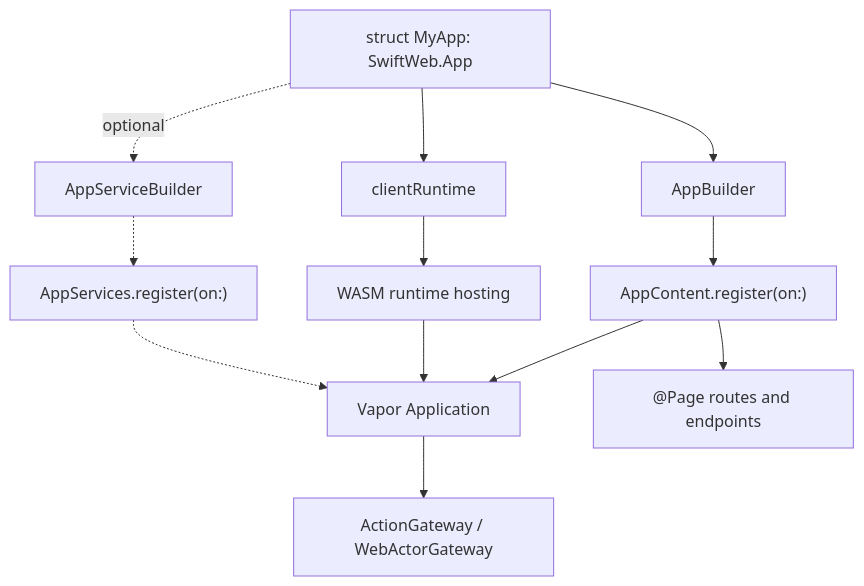
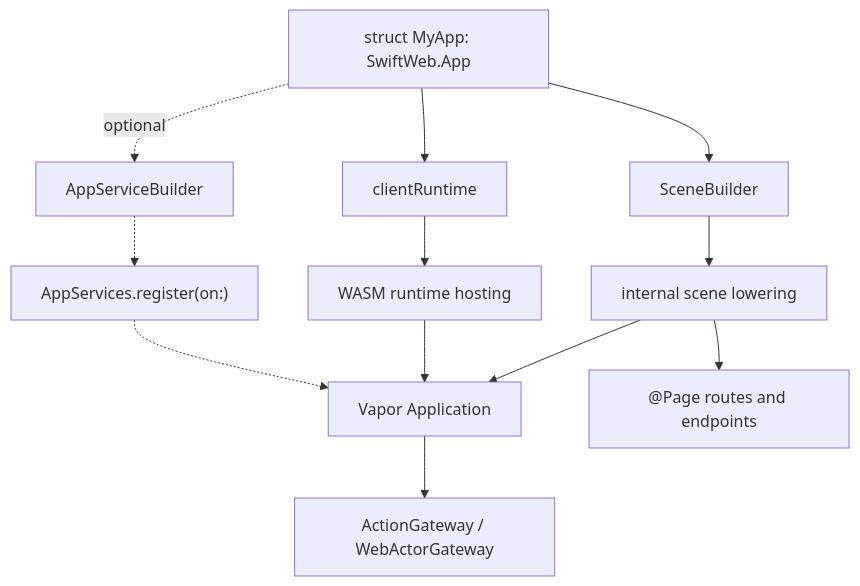
Before and after one commit to 1amageek/swift-web: the second of 9 diagrams in Sources/SwiftWeb/README.md, drawn with Mermaid. The commit also changed other lines of this file and 62 other files, not shown here.

````diff
--- a/Sources/SwiftWeb/README.md
+++ b/Sources/SwiftWeb/README.md
@@ -60,14 +61,14 @@
 ```mermaid
 flowchart TD
-  A["struct MyApp: SwiftWeb.App"] --> B["AppBuilder"]
+  A["struct MyApp: SwiftWeb.App"] --> B["SceneBuilder"]
   A --> R["clientRuntime"]
-  B --> C["AppContent.register(on:)"]
+  B --> C["internal scene lowering"]
   R --> W["WASM runtime hosting"]
   C --> D["Vapor Application"]
   W --> D
   C --> E["@Page routes and endpoints"]
   A -. optional .-> S["AppServiceBuilder"]
   S -.-> G["AppServices.register(on:)"]
   G -.-> D
   D --> F["ActionGateway / WebActorGateway"]
 ```
````
